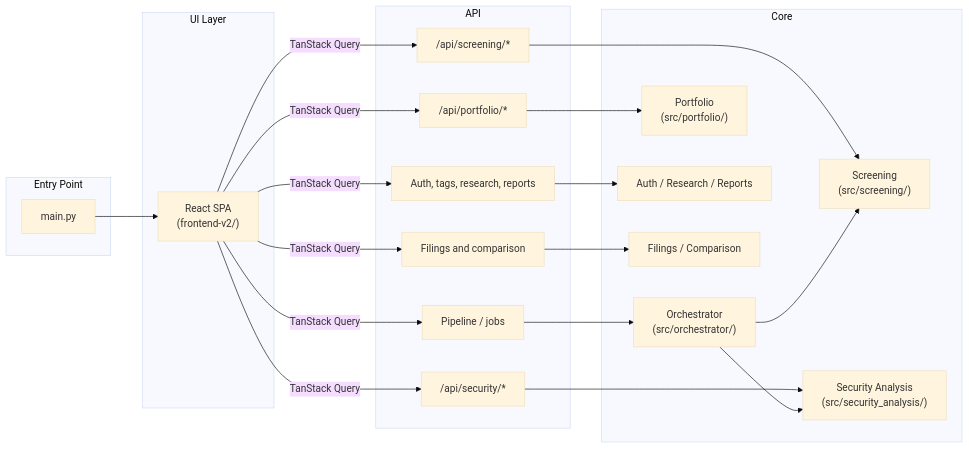
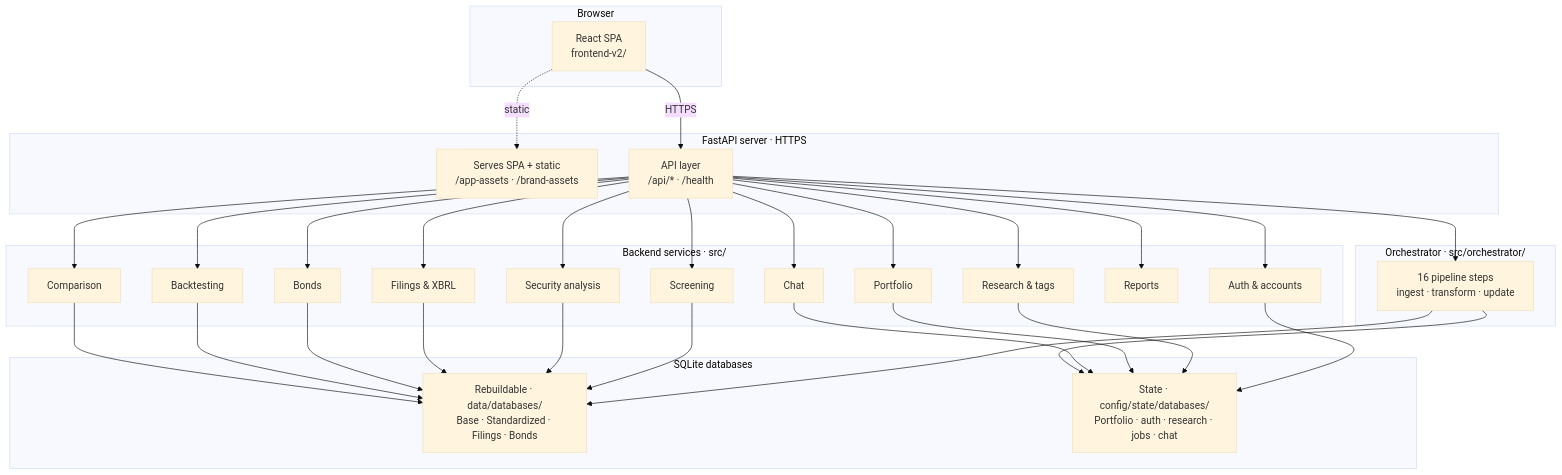
The diagram in docs/Application Details.md (TiagoDeMatosDias/EDINET), drawn with Mermaid (base theme) before and after one commit. The commit also changed other lines of this file and 46 other files, not shown here.

````diff
--- a/docs/Application Details.md
+++ b/docs/Application Details.md
@@ -61,44 +61,61 @@
 ```mermaid
-flowchart LR
-    subgraph Entry["Entry Point"]
-        MAIN["main.py"]
+flowchart TB
+    subgraph Browser["Browser"]
+        SPA["React SPA<br/>frontend-v2/"]
     end
 
-    subgraph UI["UI Layer"]
-        REACT["React SPA<br/>(frontend-v2/)"]
+    subgraph Server["FastAPI server · HTTPS"]
+        SERVE["Serves SPA + static<br/>/app-assets · /brand-assets"]
+        API["API layer<br/>/api/* · /health"]
     end
 
-    subgraph API["API"]
-        RTR["Pipeline / jobs"]
-        SCR_API["/api/screening/*"]
-        SEC_API["/api/security/*"]
-        PF_API["/api/portfolio/*"]
-        RES_API["Auth, tags, research, reports"]
-        FIL_API["Filings and comparison"]
+    subgraph Services["Backend services · src/"]
+        AUTH["Auth & accounts"]
+        SCREEN["Screening"]
+        SEC["Security analysis"]
+        FIL["Filings & XBRL"]
+        COMP["Comparison"]
+        PORT["Portfolio"]
+        RES["Research & tags"]
+        BONDS["Bonds"]
+        BT["Backtesting"]
+        REP["Reports"]
+        CHAT["Chat"]
     end
 
-    subgraph Core["Core"]
-        ORCH["Orchestrator<br/>(src/orchestrator/)"]
-        SCR["Screening<br/>(src/screening/)"]
-        SA["Security Analysis<br/>(src/security_analysis/)"]
-        PF["Portfolio<br/>(src/portfolio/)"]
-        RES["Auth / Research / Reports"]
-        FIL["Filings / Comparison"]
+    subgraph Pipeline["Orchestrator · src/orchestrator/"]
+        ORCH["16 pipeline steps<br/>ingest · transform · update"]
     end
 
-    MAIN --> REACT
-    REACT -->|"TanStack Query"| RTR
-    REACT -->|"TanStack Query"| SCR_API
-    REACT -->|"TanStack Query"| SEC_API
-    REACT -->|"TanStack Query"| PF_API
-    REACT -->|"TanStack Query"| RES_API
-    REACT -->|"TanStack Query"| FIL_API
-    RTR --> ORCH
-    SCR_API --> SCR
-    SEC_API --> SA
-    PF_API --> PF
-    RES_API --> RES
-    FIL_API --> FIL
-    ORCH --> SCR
-    ORCH --> SA
+    subgraph Data["SQLite databases"]
+        REBUILD["Rebuildable · data/databases/<br/>Base · Standardized · Filings · Bonds"]
+        STATE["State · config/state/databases/<br/>Portfolio · auth · research · jobs · chat"]
+    end
+
+    SPA -->|"HTTPS"| API
+    SPA -.->|"static"| SERVE
+    API --> AUTH
+    API --> SCREEN
+    API --> SEC
+    API --> FIL
+    API --> COMP
+    API --> PORT
+    API --> RES
+    API --> BONDS
+    API --> BT
+    API --> REP
+    API --> CHAT
+    API --> ORCH
+    ORCH --> REBUILD
+    SCREEN --> REBUILD
+    SEC --> REBUILD
+    FIL --> REBUILD
+    BONDS --> REBUILD
+    BT --> REBUILD
+    COMP --> REBUILD
+    AUTH --> STATE
+    RES --> STATE
+    PORT --> STATE
+    CHAT --> STATE
+    ORCH --> STATE
 ```
````
